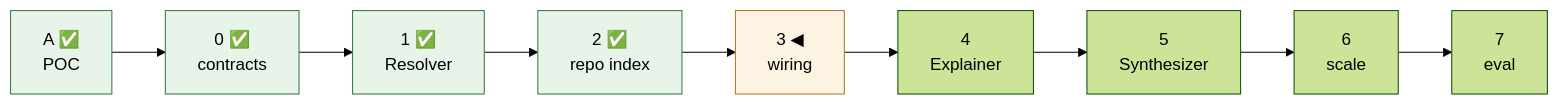
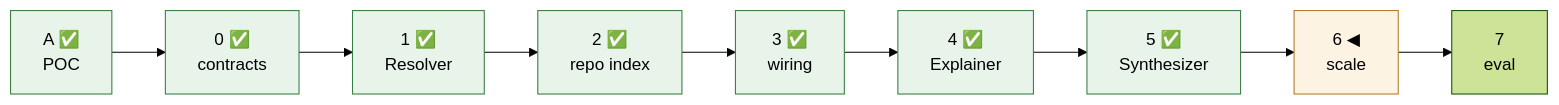
Before and after one commit to RUI030/Code2Docs: the fourth of 4 diagrams in ARCHITECTURE.md, drawn with Mermaid (forest theme). The commit also changed other lines of this file and 2 other files, not shown here.

````diff
--- a/ARCHITECTURE.md
+++ b/ARCHITECTURE.md
@@ -165,9 +165,12 @@
 ```mermaid
 flowchart LR
-  PA["A ✅<br/>POC"] --> P0["0 ✅<br/>contracts"] --> P1["1 ✅<br/>Resolver"] --> P2["2 ✅<br/>repo index"] --> P3["3 ◀<br/>wiring"] --> P4["4<br/>Explainer"] --> P5["5<br/>Synthesizer"] --> P6["6<br/>scale"] --> P7["7<br/>eval"]
+  PA["A ✅<br/>POC"] --> P0["0 ✅<br/>contracts"] --> P1["1 ✅<br/>Resolver"] --> P2["2 ✅<br/>repo index"] --> P3["3 ✅<br/>wiring"] --> P4["4 ✅<br/>Explainer"] --> P5["5 ✅<br/>Synthesizer"] --> P6["6 ◀<br/>scale"] --> P7["7<br/>eval"]
   style PA fill:#e8f4ea,stroke:#3a7d44
   style P0 fill:#e8f4ea,stroke:#3a7d44
   style P1 fill:#e8f4ea,stroke:#3a7d44
   style P2 fill:#e8f4ea,stroke:#3a7d44
-  style P3 fill:#fdf3e3,stroke:#b07d2b
+  style P3 fill:#e8f4ea,stroke:#3a7d44
+  style P4 fill:#e8f4ea,stroke:#3a7d44
+  style P5 fill:#e8f4ea,stroke:#3a7d44
+  style P6 fill:#fdf3e3,stroke:#b07d2b
 ```
````
